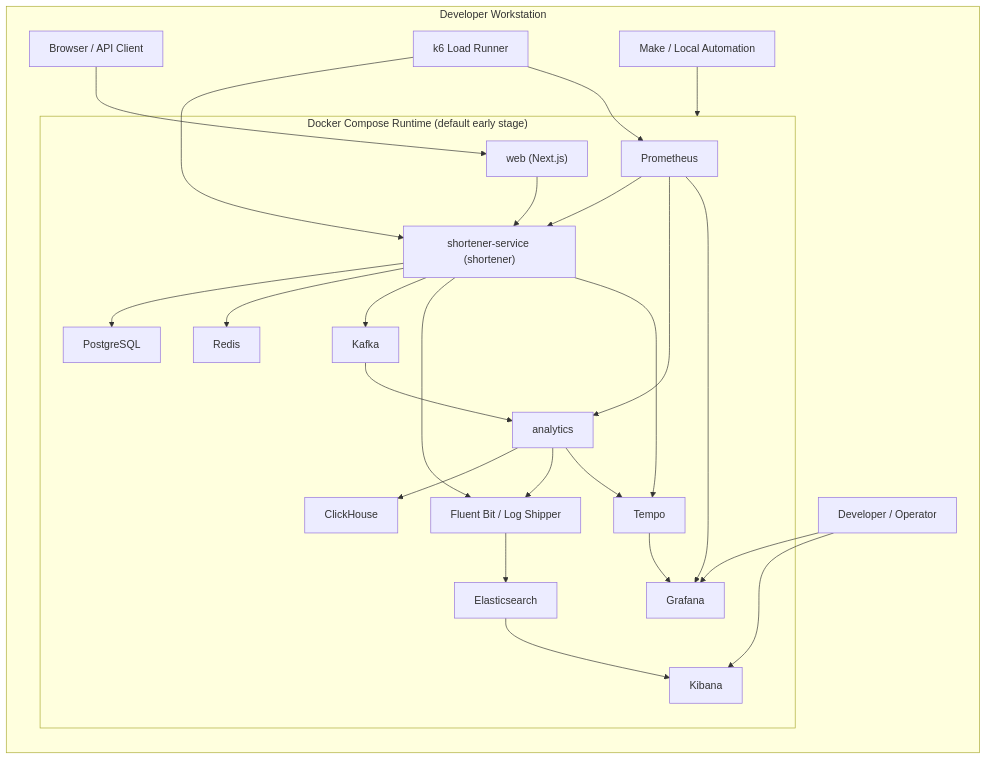
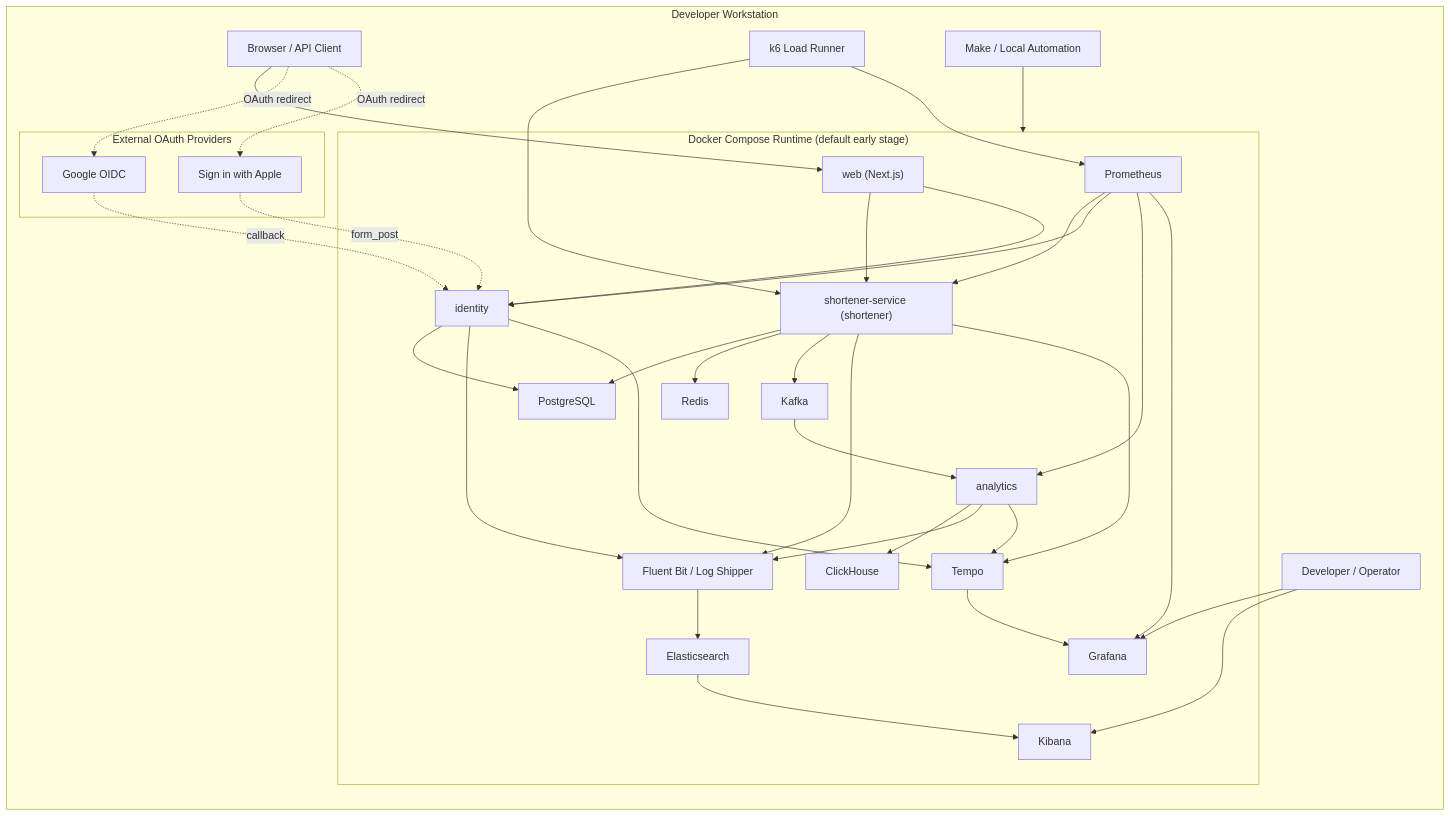
One commit to fev0ks/sandbox_url_shortener changed the first of 8 diagrams in docs/system_design.md. Above: the diagram before and after it, drawn with Mermaid. The commit also changed other lines of this file and 38 other files, not shown here.

````diff
--- a/docs/system_design.md
+++ b/docs/system_design.md
@@ -51,49 +52,64 @@
 ```mermaid
 flowchart LR
     subgraph workstation["Developer Workstation"]
         user["Browser / API Client"]
         operator["Developer / Operator"]
         k6["k6 Load Runner"]
         cli["Make / Local Automation"]
 
         subgraph compose["Docker Compose Runtime (default early stage)"]
             web["web (Next.js)"]
             shortener["shortener-service (shortener)"]
+            identity["identity"]
             analytics["analytics"]
             pg["PostgreSQL"]
             redis["Redis"]
             kafka["Kafka"]
             ch["ClickHouse"]
             prom["Prometheus"]
             grafana["Grafana"]
             tempo["Tempo"]
             es["Elasticsearch"]
             kibana["Kibana"]
             shipper["Fluent Bit / Log Shipper"]
         end
+
+        subgraph providers["External OAuth Providers"]
+            google["Google OIDC"]
+            apple["Sign in with Apple"]
+        end
     end
 
     user --> web
     web --> shortener
+    web --> identity
+    user -. OAuth redirect .-> google
+    user -. OAuth redirect .-> apple
+    google -. callback .-> identity
+    apple -. form_post .-> identity
     operator --> grafana
     operator --> kibana
     k6 --> shortener
     cli --> compose
 
     shortener --> pg
     shortener --> redis
     shortener --> kafka
+    identity --> pg
     kafka --> analytics
     analytics --> ch
     shortener --> shipper
+    identity --> shipper
     analytics --> shipper
     shipper --> es
     es --> kibana
     prom --> shortener
+    prom --> identity
     prom --> analytics
     shortener --> tempo
+    identity --> tempo
     analytics --> tempo
     k6 --> prom
     prom --> grafana
     tempo --> grafana
 ```
````
